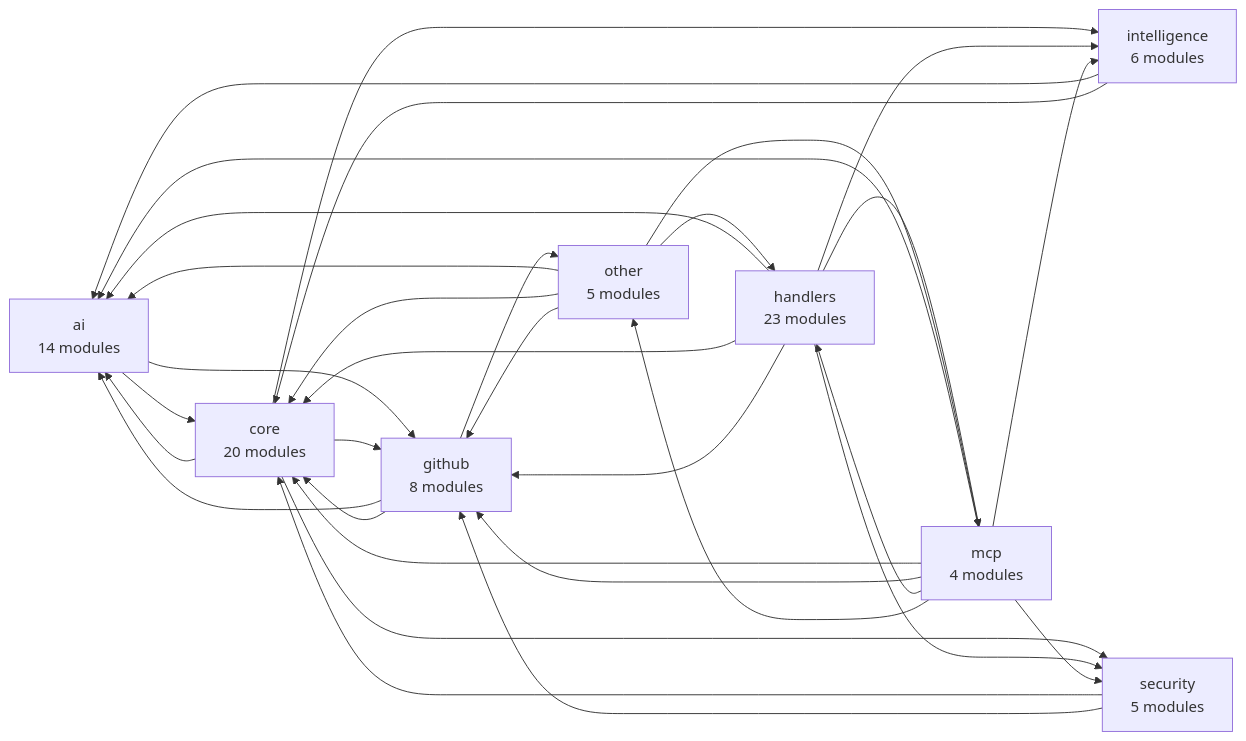
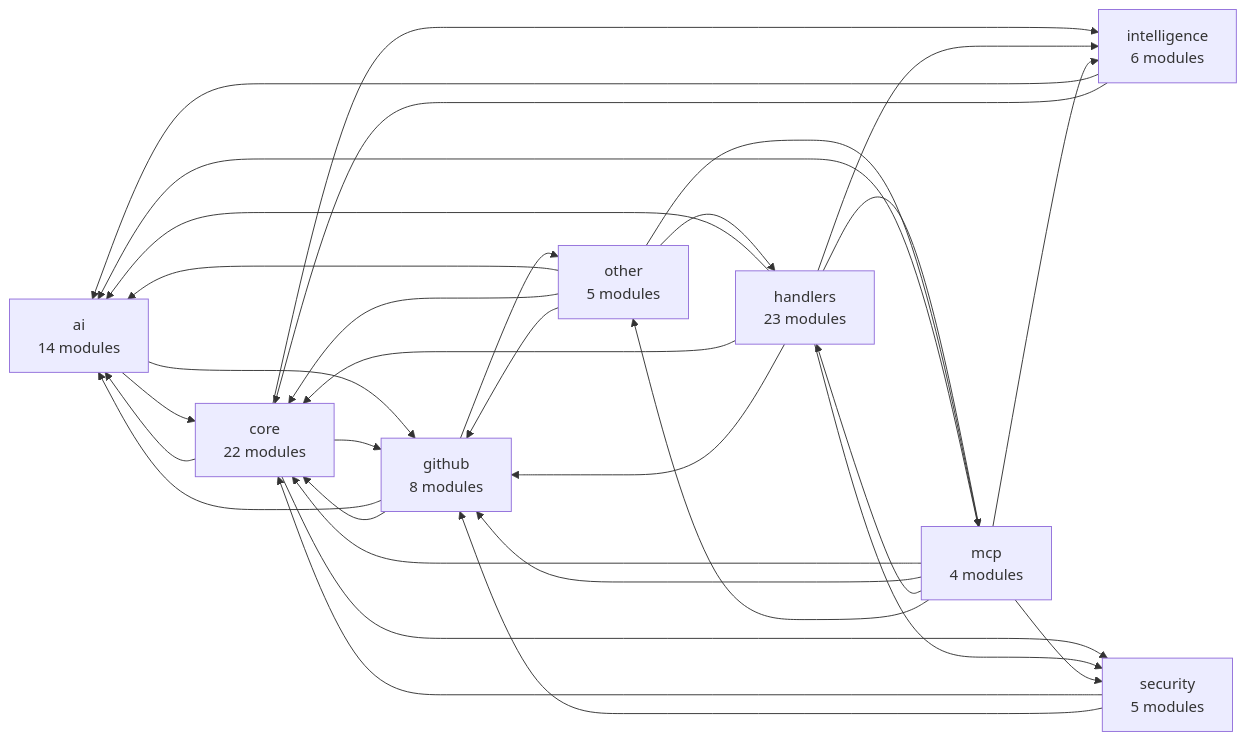
One commit to Shweta-Mishra-ai/github-autopilot changed the second of 2 diagrams in README.md. Above: the diagram before and after it, drawn with Mermaid. The commit also changed other lines of this file and 14 other files, not shown here.

````diff
--- a/README.md
+++ b/README.md
@@ -202,42 +202,42 @@
 ```mermaid
 graph LR
     ai["ai<br/>14 modules"]
-    core["core<br/>20 modules"]
+    core["core<br/>22 modules"]
     github["github<br/>8 modules"]
     handlers["handlers<br/>23 modules"]
     intelligence["intelligence<br/>6 modules"]
     mcp["mcp<br/>4 modules"]
     other["other<br/>5 modules"]
     security["security<br/>5 modules"]
     ai --> core
     ai --> github
     core --> ai
     core --> github
     core --> intelligence
     core --> security
     github --> ai
     github --> core
     github --> other
     handlers --> ai
     handlers --> core
     handlers --> github
     handlers --> intelligence
     handlers --> mcp
     handlers --> security
     intelligence --> ai
     intelligence --> core
     mcp --> ai
     mcp --> core
     mcp --> github
     mcp --> handlers
     mcp --> intelligence
     mcp --> other
     mcp --> security
     other --> ai
     other --> core
     other --> github
     other --> handlers
     other --> mcp
     security --> core
     security --> github
 ```
````
